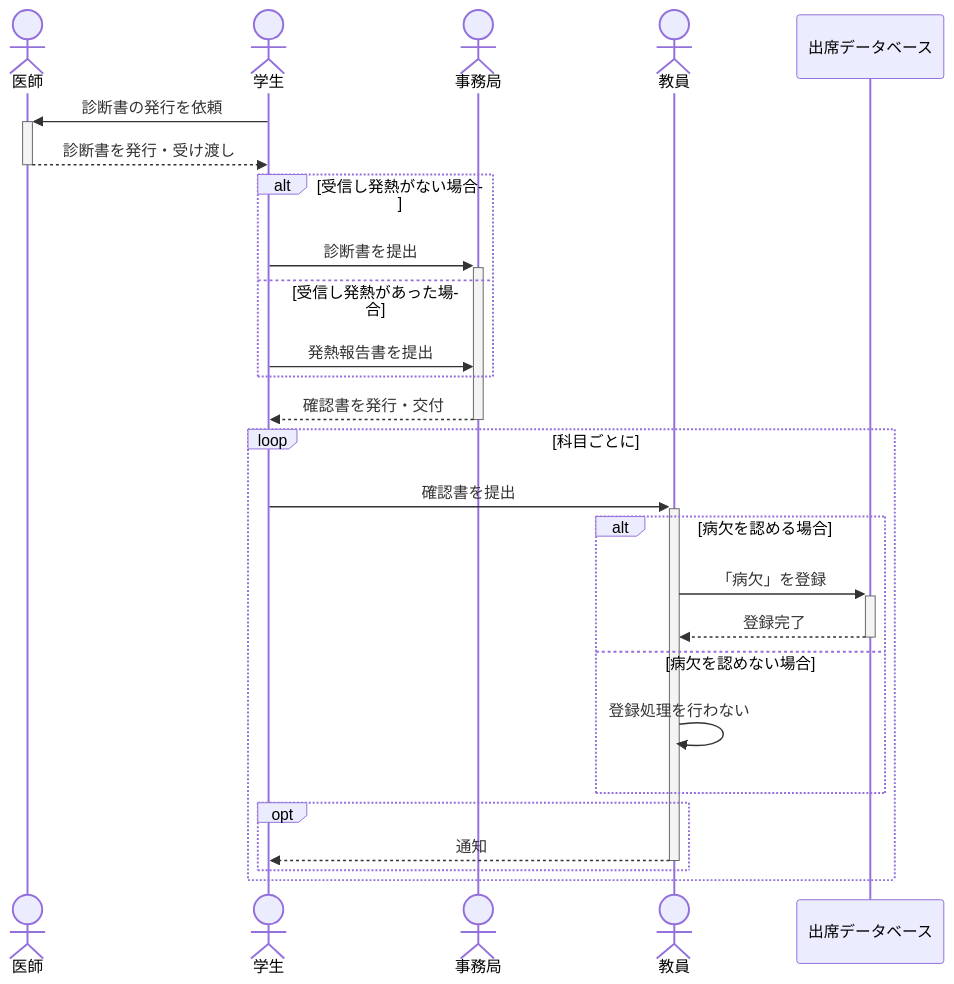
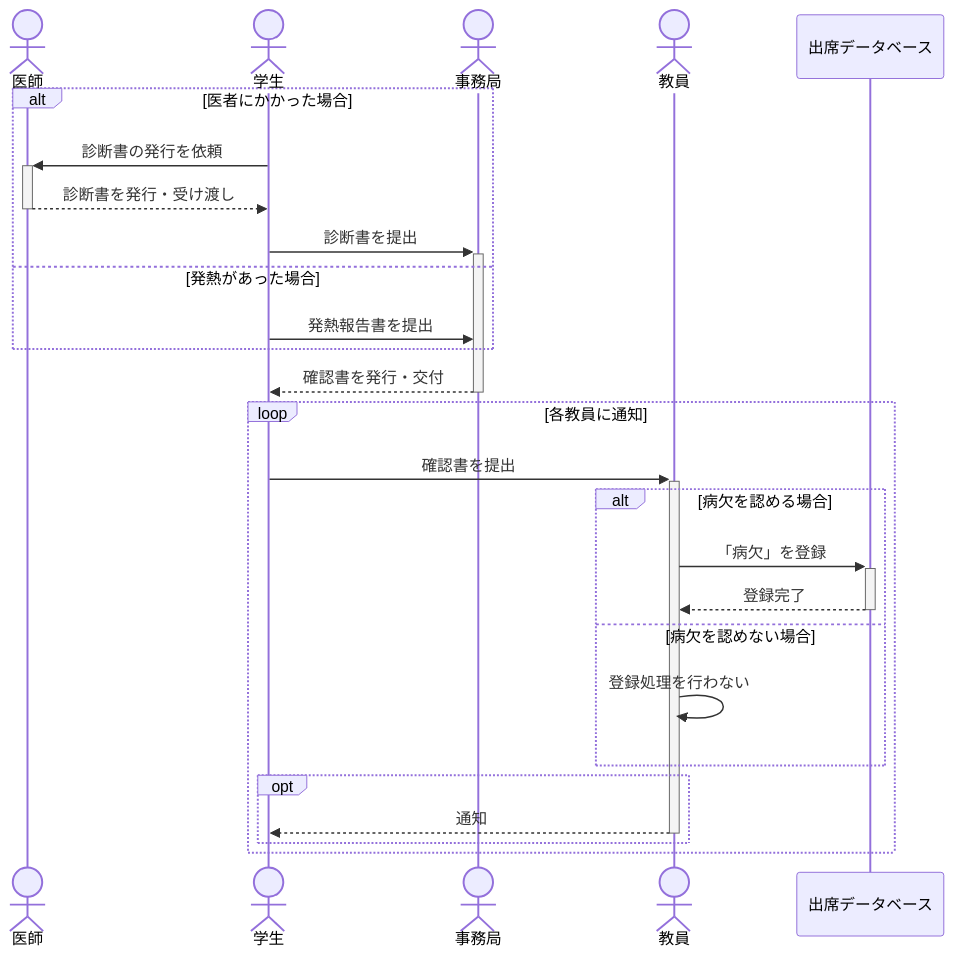
One commit to OceanYamamatsu/Ocean241015 changed the diagram in tmgit/25aki/zukagizyutsu/07c.md. Above: the diagram before and after it, drawn with Mermaid. The commit also changed 6 other files, not shown here.

````diff
--- a/tmgit/25aki/zukagizyutsu/07c.md
+++ b/tmgit/25aki/zukagizyutsu/07c.md
@@ -1,31 +1,29 @@
 ```mermaid
 sequenceDiagram
-%% 病欠届提出のシーケンス図
+%% 病欠届提出シーケンス
 actor d as 医師
 actor s as 学生
 actor o as 事務局
 actor t as 教員
-
 participant db as 出席データベース
-
+alt 医者にかかった場合
     s ->>+ d : 診断書の発行を依頼
     d -->>- s : 診断書を発行・受け渡し
-alt 受信し発熱がない場合
     s ->>+ o : 診断書を提出
-else 受信し発熱があった場合
+else 発熱があった場合
     s ->> o : 発熱報告書を提出
 end
 o -->>- s : 確認書を発行・交付
-loop 科目ごとに
+loop 各教員に通知
     s ->>+ t : 確認書を提出
     alt 病欠を認める場合
         t ->>+ db : 「病欠」を登録
         db -->>- t : 登録完了
     else 病欠を認めない場合
         t ->> t : 登録処理を行わない
     end
     opt
         t -->>- s : 通知
     end
 end
 ```
````
